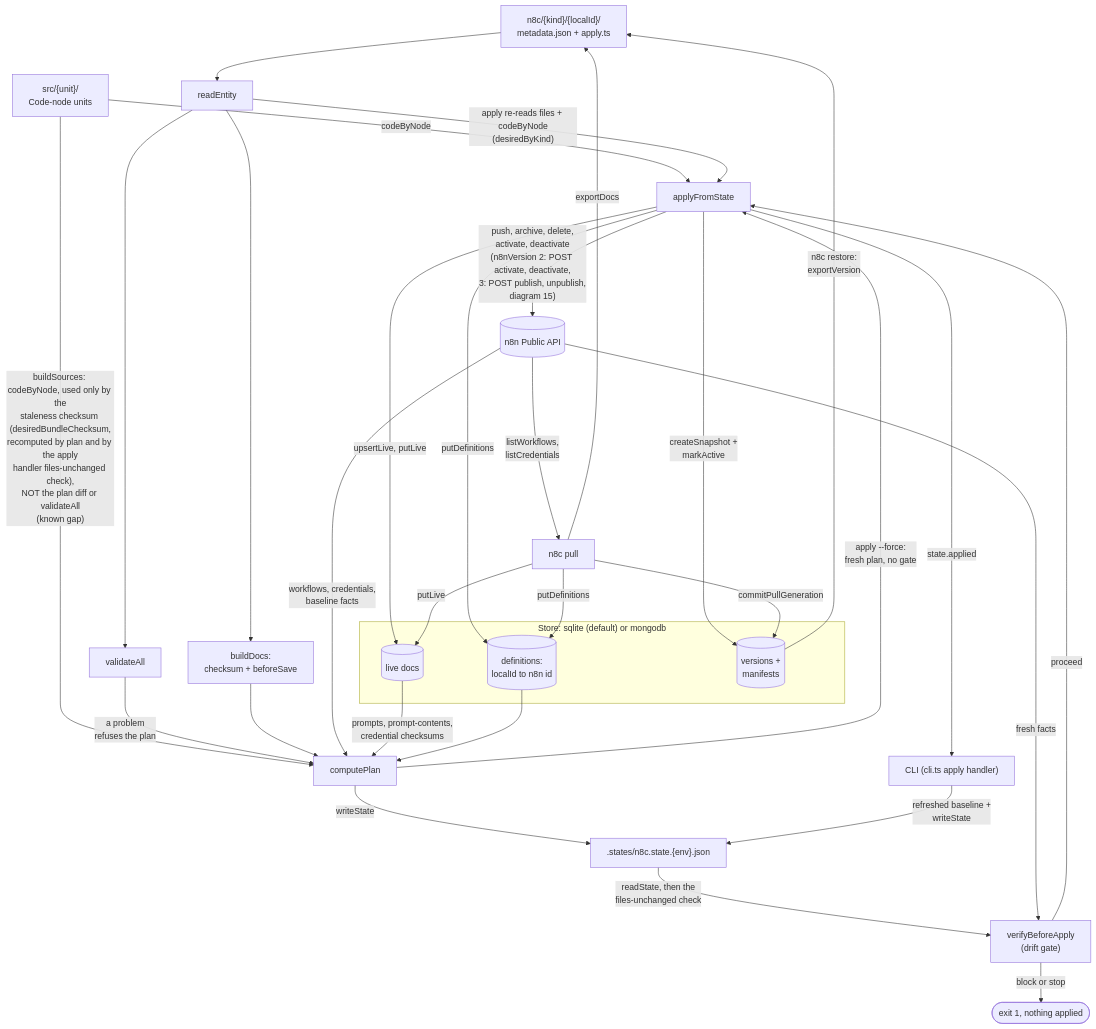
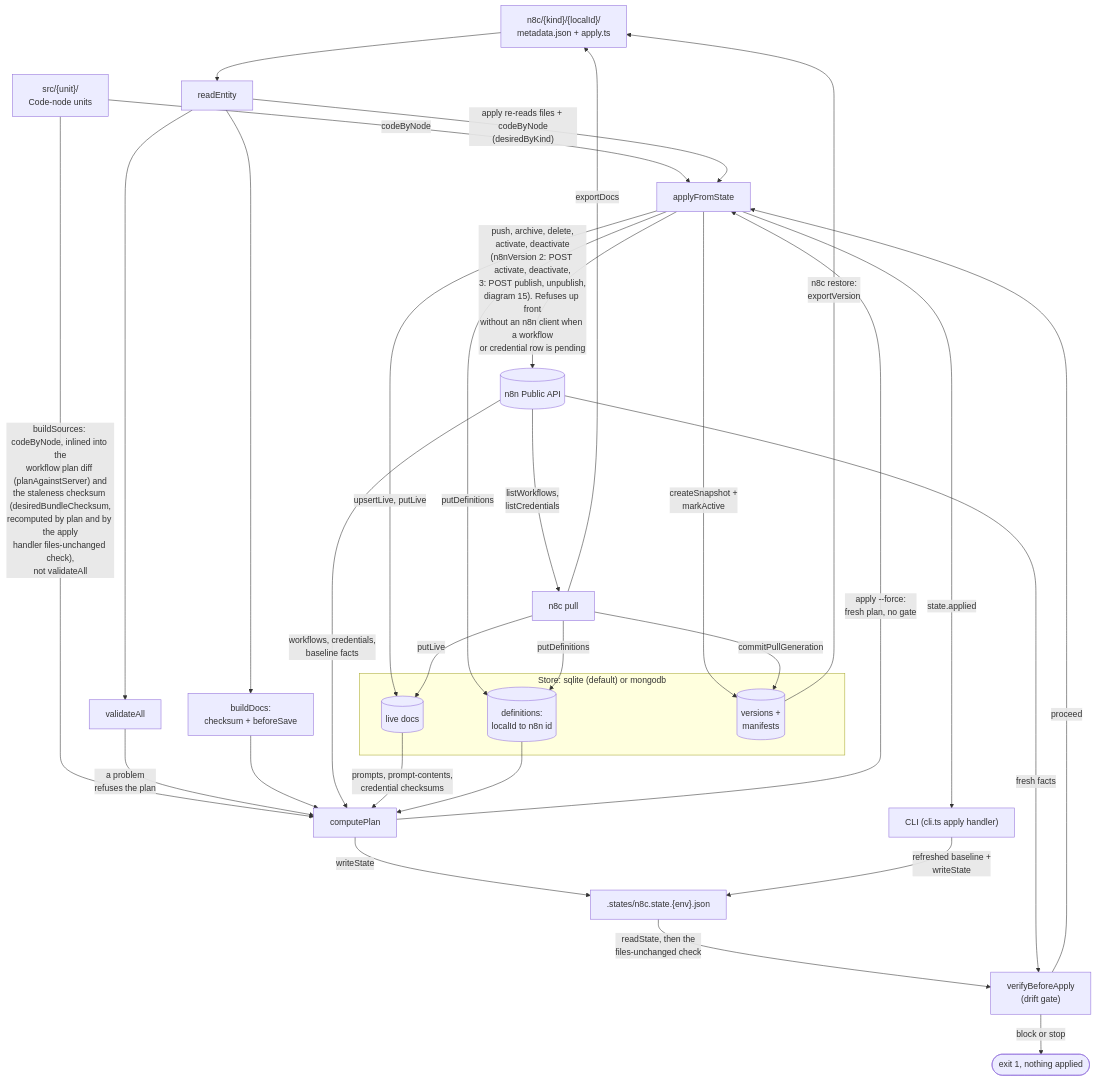
Before and after one commit to nullseal/n8c: the first of 15 diagrams in docs/ARCHITECTURE.md, drawn with Mermaid. The commit also changed other lines of this file and 2 other files, not shown here.

Commit message:
docs: diagrams and README reflect the merged plan/apply fixes

````diff
--- a/docs/ARCHITECTURE.md
+++ b/docs/ARCHITECTURE.md
@@ -43,40 +43,40 @@
 ```mermaid
 flowchart TB
     FILES["n8c/{kind}/{localId}/<br/>metadata.json + apply.ts"]
     UNITS["src/{unit}/<br/>Code-node units"]
     FILES --> RE["readEntity"]
-    UNITS -->|"buildSources: codeByNode, used only by the<br/>staleness checksum (desiredBundleChecksum,<br/>recomputed by plan and by the apply<br/>handler files-unchanged check),<br/>NOT the plan diff or validateAll<br/>(known gap)"| CP
+    UNITS -->|"buildSources: codeByNode, inlined into the<br/>workflow plan diff (planAgainstServer) and<br/>the staleness checksum (desiredBundleChecksum,<br/>recomputed by plan and by the apply<br/>handler files-unchanged check),<br/>not validateAll"| CP
     UNITS -->|"codeByNode"| AFS
     RE -->|"apply re-reads files + codeByNode<br/>(desiredByKind)"| AFS
     RE --> VAL["validateAll"]
     RE --> BD["buildDocs:<br/>checksum + beforeSave"]
     VAL -->|"a problem<br/>refuses the plan"| CP["computePlan"]
     BD --> CP
     N8N[("n8n Public API")]
     subgraph db["Store: sqlite (default) or mongodb"]
         LIVE[("live docs")]
         DEFS[("definitions:<br/>localId to n8n id")]
         VERS[("versions +<br/>manifests")]
     end
     N8N -->|"workflows, credentials,<br/>baseline facts"| CP
     LIVE -->|"prompts, prompt-contents,<br/>credential checksums"| CP
     DEFS --> CP
     CP -->|"writeState"| STATE[".states/n8c.state.{env}.json"]
     STATE -->|"readState, then the<br/>files-unchanged check"| GATE["verifyBeforeApply<br/>(drift gate)"]
     N8N -->|"fresh facts"| GATE
     GATE -->|"block or stop"| HALT(["exit 1, nothing applied"])
     GATE -->|"proceed"| AFS["applyFromState"]
     CP -->|"apply --force:<br/>fresh plan, no gate"| AFS
-    AFS -->|"push, archive, delete,<br/>activate, deactivate<br/>(n8nVersion 2: POST activate, deactivate,<br/>3: POST publish, unpublish,<br/>diagram 15)"| N8N
+    AFS -->|"push, archive, delete,<br/>activate, deactivate<br/>(n8nVersion 2: POST activate, deactivate,<br/>3: POST publish, unpublish,<br/>diagram 15). Refuses up front<br/>without an n8n client when a workflow<br/>or credential row is pending"| N8N
     AFS -->|"upsertLive, putLive"| LIVE
     AFS -->|"putDefinitions"| DEFS
     AFS -->|"createSnapshot +<br/>markActive"| VERS
     AFS -->|"state.applied"| CLI["CLI (cli.ts apply handler)"]
     CLI -->|"refreshed baseline +<br/>writeState"| STATE
     N8N -->|"listWorkflows,<br/>listCredentials"| PULL["n8c pull"]
     PULL -->|"putLive"| LIVE
     PULL -->|"putDefinitions"| DEFS
     PULL -->|"commitPullGeneration"| VERS
     PULL -->|"exportDocs"| FILES
     VERS -->|"n8c restore:<br/>exportVersion"| FILES
 ```
````
